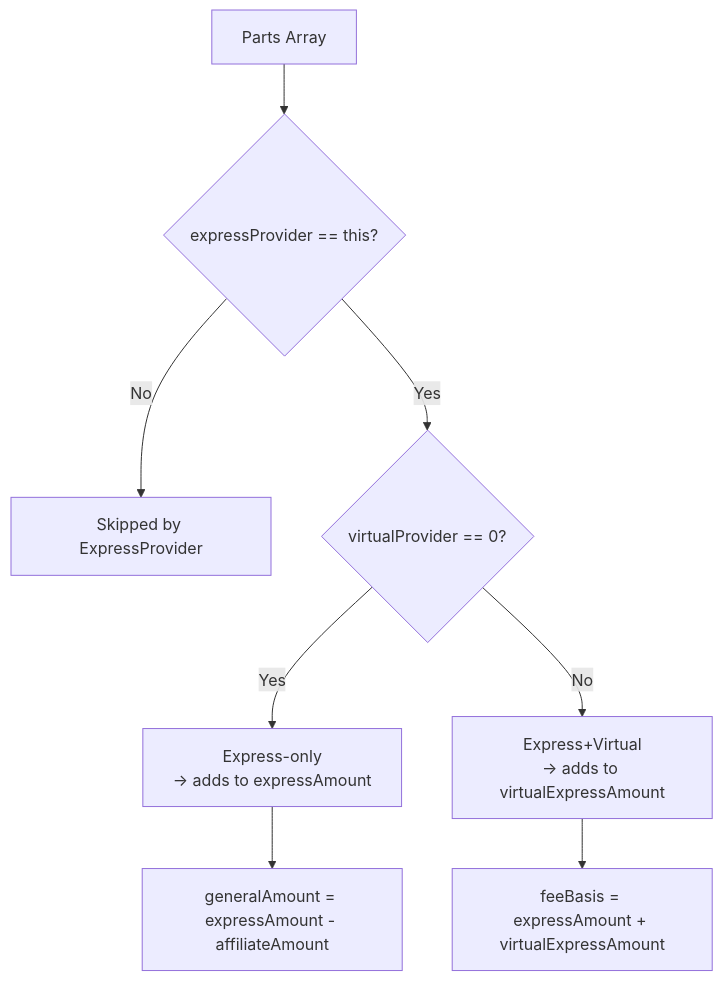
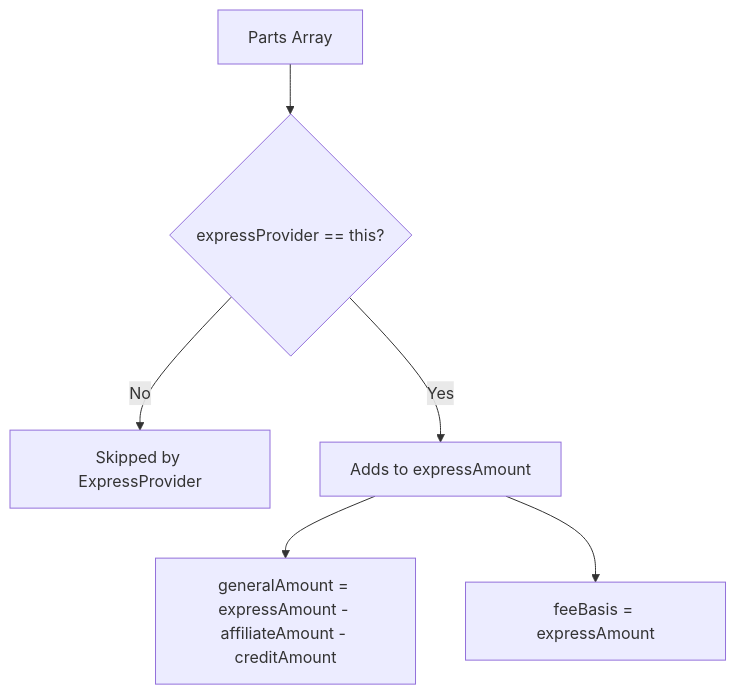
Before and after one commit to SYMM-IO/perps-core: the tenth of 33 diagrams in docs/v0.8.6/express-bot-operations-checklist.md, drawn with Mermaid. The commit also changed other lines of this file and 9 other files, not shown here.

Commit message:
docs: replace VirtualProvider with Credit Line system in express provider docs

````diff
--- a/docs/v0.8.6/express-bot-operations-checklist.md
+++ b/docs/v0.8.6/express-bot-operations-checklist.md
@@ -1660,11 +1337,9 @@
 ```mermaid
 flowchart TD
     P[Parts Array] --> C1{expressProvider == this?}
     C1 -->|No| SKIP[Skipped by ExpressProvider]
-    C1 -->|Yes| C2{virtualProvider == 0?}
-    C2 -->|Yes| EO[Express-only\n→ adds to expressAmount]
-    C2 -->|No| EV[Express+Virtual\n→ adds to virtualExpressAmount]
+    C1 -->|Yes| EO[Adds to expressAmount]
 
-    EO --> GA["generalAmount = expressAmount - affiliateAmount"]
-    EV --> FB["feeBasis = expressAmount + virtualExpressAmount"]
+    EO --> GA["generalAmount = expressAmount - affiliateAmount - creditAmount"]
+    EO --> FB["feeBasis = expressAmount"]
 ```
````
